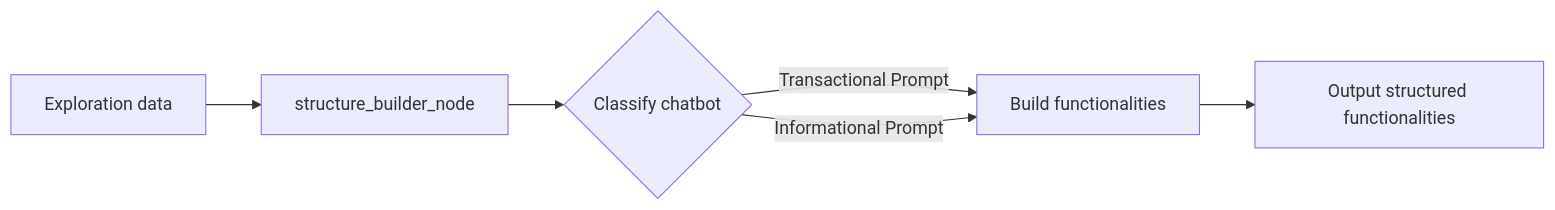
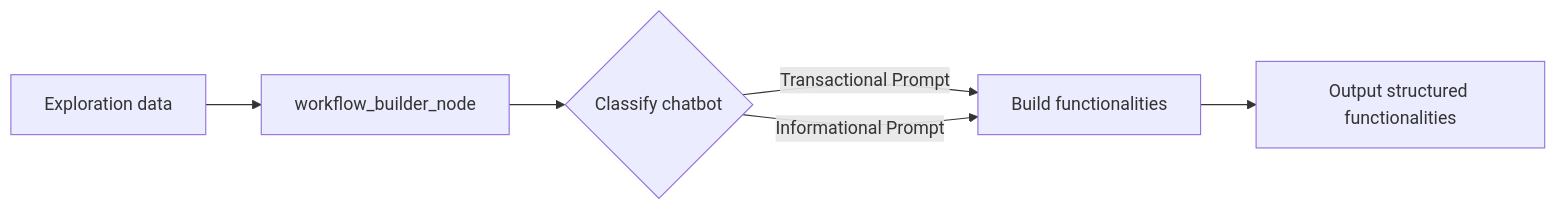
One commit to Chatbot-TRACER/TRACER changed the first of 4 diagrams in readme.md. Above: the diagram before and after it, drawn with Mermaid. The commit also changed 19 other files, not shown here.

````diff
--- a/readme.md
+++ b/readme.md
@@ -70,8 +70,8 @@
 ```mermaid
 flowchart LR
-    A[Exploration data] --> B[structure_builder_node]
+    A[Exploration data] --> B[workflow_builder_node]
     B --> C{Classify chatbot}
     C -->|Transactional Prompt| D[Build functionalities]
     C -->|Informational Prompt| D[Build functionalities]
     D --> E[Output structured functionalities]
 ```
````
